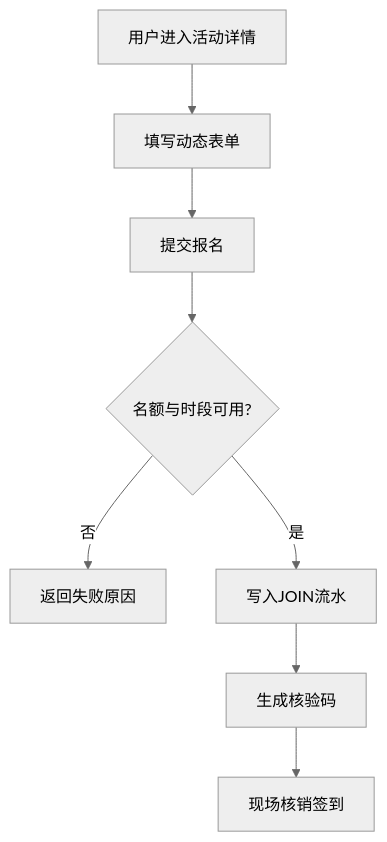
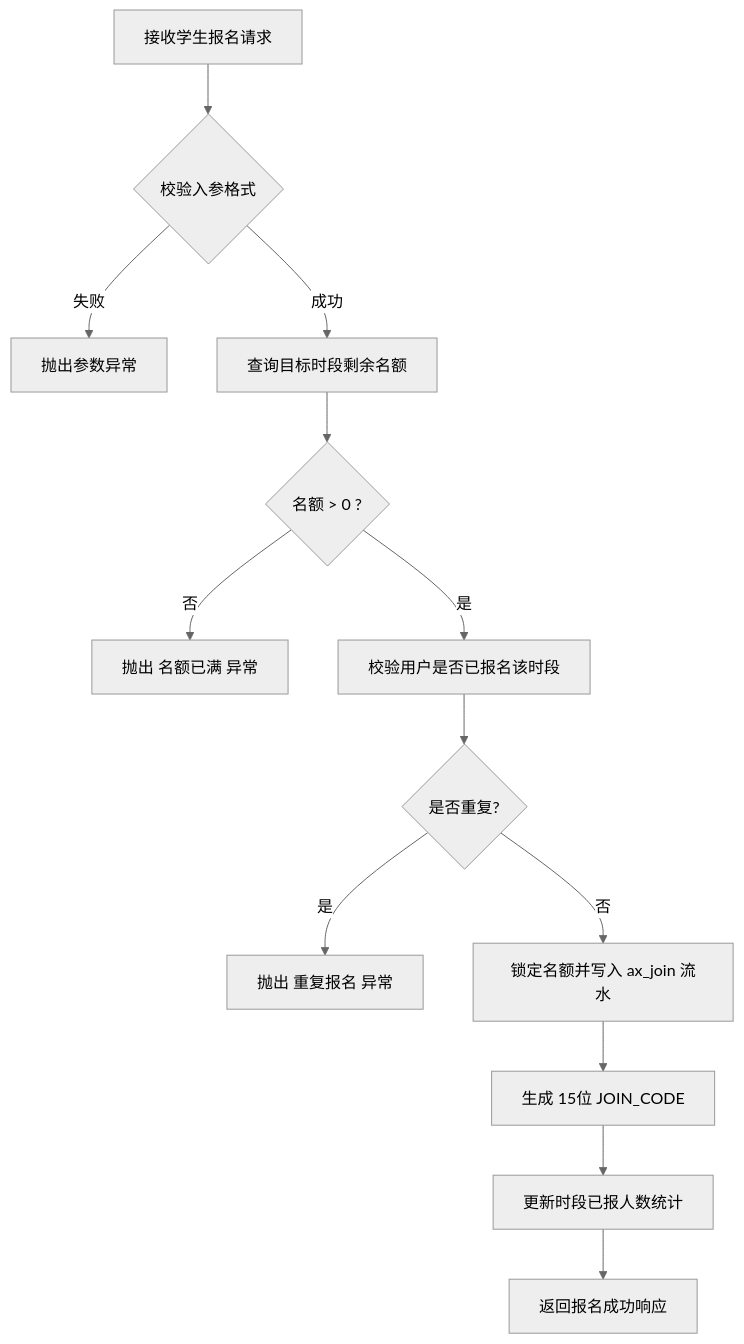
One commit to deep9999999/CompusAss changed the eighth of 8 diagrams in 论文.md. Above: the diagram before and after it, drawn with Mermaid (neutral theme). The commit also changed other lines of this file and 15 other files, not shown here.

````diff
--- a/论文.md
+++ b/论文.md
@@ -328,10 +493,15 @@
 ```mermaid
 flowchart TD
-A[用户进入活动详情] --> B[填写动态表单]
-B --> C[提交报名]
-C --> D{名额与时段可用?}
-D -- 否 --> E[返回失败原因]
-D -- 是 --> F[写入JOIN流水]
-F --> G[生成核验码]
-G --> H[现场核销签到]
+    A[接收学生报名请求] --> B{校验入参格式}
+    B -- 失败 --> C[抛出参数异常]
+    B -- 成功 --> D[查询目标时段剩余名额]
+    D --> E{名额 > 0 ?}
+    E -- 否 --> F[抛出 名额已满 异常]
+    E -- 是 --> G[校验用户是否已报名该时段]
+    G --> H{是否重复?}
+    H -- 是 --> I[抛出 重复报名 异常]
+    H -- 否 --> J[锁定名额并写入 ax_join 流水]
+    J --> K[生成 15位 JOIN_CODE]
+    K --> L[更新时段已报人数统计]
+    L --> M[返回报名成功响应]
 ```
````
